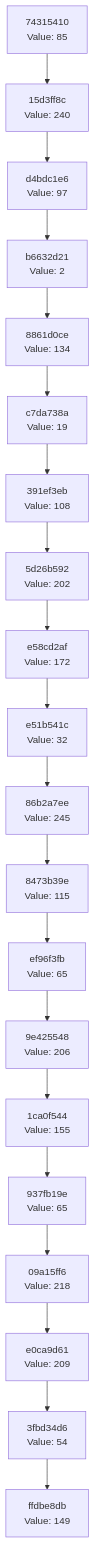
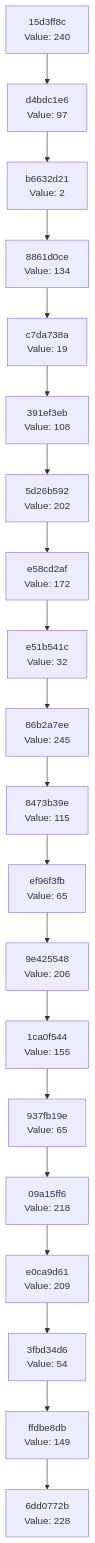
One commit to Abhisheksinha1506/hash-chain-evolver changed the diagram in docs/CHAIN_VISUALIZATION.md. Above: the diagram before and after it, drawn with Mermaid. The commit also changed 3 other files, not shown here.

````diff
--- a/docs/CHAIN_VISUALIZATION.md
+++ b/docs/CHAIN_VISUALIZATION.md
@@ -3,42 +3,42 @@
 ```mermaid
 graph TD
-    C0["ffdbe8db<br/>Value: 149"]
-    C1["3fbd34d6<br/>Value: 54"]
+    C0["6dd0772b<br/>Value: 228"]
+    C1["ffdbe8db<br/>Value: 149"]
     C1 --> C0
-    C2["e0ca9d61<br/>Value: 209"]
+    C2["3fbd34d6<br/>Value: 54"]
     C2 --> C1
-    C3["09a15ff6<br/>Value: 218"]
+    C3["e0ca9d61<br/>Value: 209"]
     C3 --> C2
-    C4["937fb19e<br/>Value: 65"]
+    C4["09a15ff6<br/>Value: 218"]
     C4 --> C3
-    C5["1ca0f544<br/>Value: 155"]
+    C5["937fb19e<br/>Value: 65"]
     C5 --> C4
-    C6["9e425548<br/>Value: 206"]
+    C6["1ca0f544<br/>Value: 155"]
     C6 --> C5
-    C7["ef96f3fb<br/>Value: 65"]
+    C7["9e425548<br/>Value: 206"]
     C7 --> C6
-    C8["8473b39e<br/>Value: 115"]
+    C8["ef96f3fb<br/>Value: 65"]
     C8 --> C7
-    C9["86b2a7ee<br/>Value: 245"]
+    C9["8473b39e<br/>Value: 115"]
     C9 --> C8
-    C10["e51b541c<br/>Value: 32"]
+    C10["86b2a7ee<br/>Value: 245"]
     C10 --> C9
-    C11["e58cd2af<br/>Value: 172"]
+    C11["e51b541c<br/>Value: 32"]
     C11 --> C10
-    C12["5d26b592<br/>Value: 202"]
+    C12["e58cd2af<br/>Value: 172"]
     C12 --> C11
-    C13["391ef3eb<br/>Value: 108"]
+    C13["5d26b592<br/>Value: 202"]
     C13 --> C12
-    C14["c7da738a<br/>Value: 19"]
+    C14["391ef3eb<br/>Value: 108"]
     C14 --> C13
-    C15["8861d0ce<br/>Value: 134"]
+    C15["c7da738a<br/>Value: 19"]
     C15 --> C14
-    C16["b6632d21<br/>Value: 2"]
+    C16["8861d0ce<br/>Value: 134"]
     C16 --> C15
-    C17["d4bdc1e6<br/>Value: 97"]
+    C17["b6632d21<br/>Value: 2"]
     C17 --> C16
-    C18["15d3ff8c<br/>Value: 240"]
+    C18["d4bdc1e6<br/>Value: 97"]
     C18 --> C17
-    C19["74315410<br/>Value: 85"]
+    C19["15d3ff8c<br/>Value: 240"]
     C19 --> C18
 ```
````
